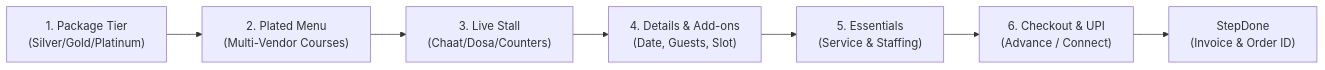
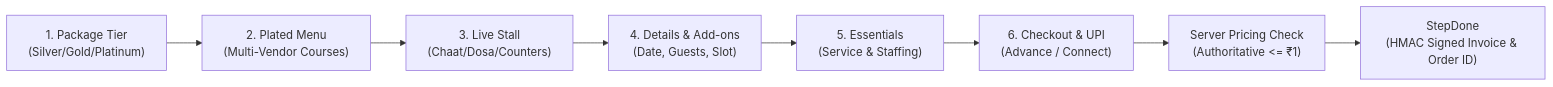
One commit to Sony17/Bhojpatra changed the first of 5 diagrams in BOOKING-FLOWS.md. Above: the diagram before and after it, drawn with Mermaid. The commit also changed other lines of this file and 4 other files, not shown here.

Commit message:
docs: synchronize architecture after security batch 3

````diff
--- a/BOOKING-FLOWS.md
+++ b/BOOKING-FLOWS.md
@@ -45,9 +45,10 @@
 ```mermaid
 flowchart LR
     Step1["1. Package Tier\n(Silver/Gold/Platinum)"] --> Step2["2. Plated Menu\n(Multi-Vendor Courses)"]
     Step2 --> Step3["3. Live Stall\n(Chaat/Dosa/Counters)"]
     Step3 --> Step4["4. Details & Add-ons\n(Date, Guests, Slot)"]
     Step4 --> Step5["5. Essentials\n(Service & Staffing)"]
     Step5 --> Step6["6. Checkout & UPI\n(Advance / Connect)"]
-    Step6 --> Done["StepDone\n(Invoice & Order ID)"]
+    Step6 --> ServerCheck["Server Pricing Check\n(Authoritative <= ₹1)"]
+    ServerCheck --> Done["StepDone\n(HMAC Signed Invoice & Order ID)"]
 ```
````
